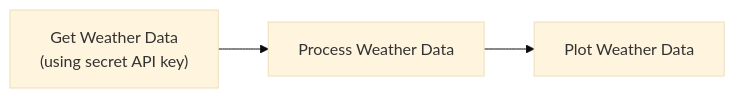
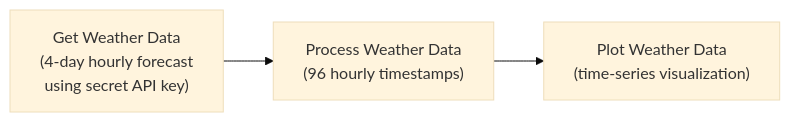
One commit to JStover95/FaaSr-Complete changed the diagram in faasr-functions/WeatherAPISecrets/README.md. Above: the diagram before and after it, drawn with Mermaid (base theme). The commit also changed other lines of this file and 4 other files, not shown here.

Commit message:
Update Weather API Secrets Workflow to fetch 4-day hourly forecast data. Refactor functions to use latitude and longitude for API calls, enhance README for clarity on usage, and improve visualizations to reflect time-series data. Adjust metrics extraction to accommodate new data structure.

````diff
--- a/faasr-functions/WeatherAPISecrets/README.md
+++ b/faasr-functions/WeatherAPISecrets/README.md
@@ -40,9 +41,9 @@
 ```mermaid
 flowchart LR
-  01["Get Weather Data<br/>(using secret API key)"]
-  02["Process Weather Data"]
-  03["Plot Weather Data"]
+  01["Get Weather Data<br/>(4-day hourly forecast<br/>using secret API key)"]
+  02["Process Weather Data<br/>(96 hourly timestamps)"]
+  03["Plot Weather Data<br/>(time-series visualization)"]
 
   01 --> 02
   02 --> 03
 ```
````
